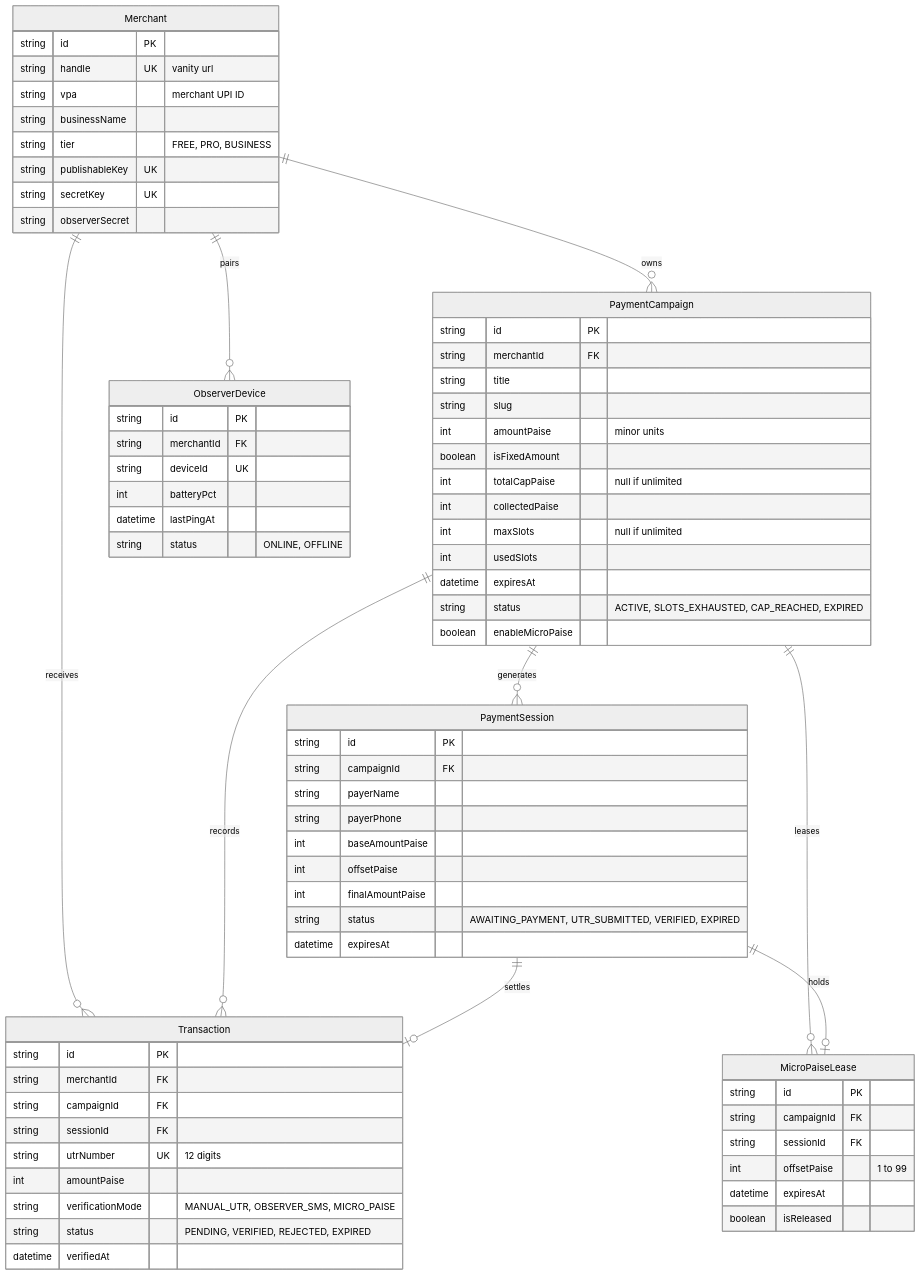
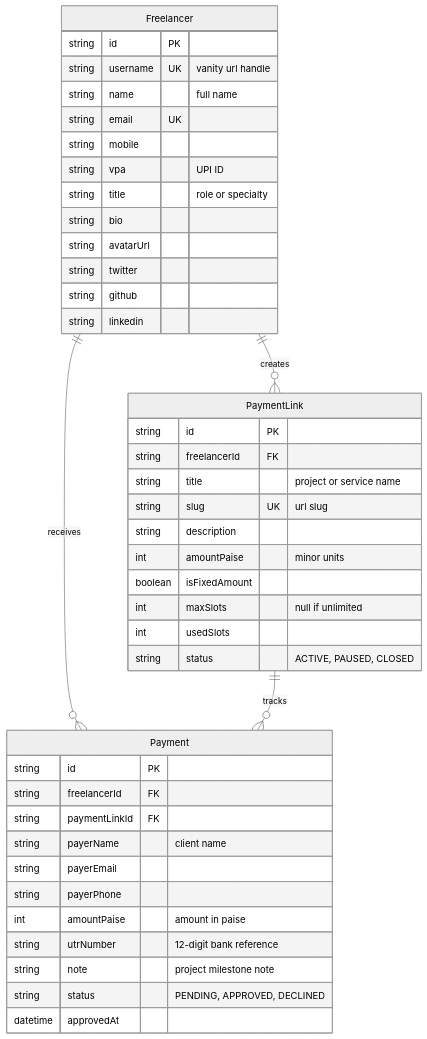
The diagram in docs/DATABASE_SCHEMA.md (arslanhussain9/AinPay), drawn with Mermaid (neutral theme) before and after one commit. The commit also changed other lines of this file and 41 other files, not shown here.

````diff
--- a/docs/DATABASE_SCHEMA.md
+++ b/docs/DATABASE_SCHEMA.md
@@ -12,80 +12,48 @@
 ```mermaid
 erDiagram
-    Merchant ||--o{ PaymentCampaign : "owns"
-    Merchant ||--o{ ObserverDevice : "pairs"
-    Merchant ||--o{ Transaction : "receives"
-    PaymentCampaign ||--o{ PaymentSession : "generates"
-    PaymentCampaign ||--o{ Transaction : "records"
-    PaymentCampaign ||--o{ MicroPaiseLease : "leases"
-    PaymentSession ||--o| Transaction : "settles"
-    PaymentSession ||--o| MicroPaiseLease : "holds"
+    Freelancer ||--o{ PaymentLink : "creates"
+    Freelancer ||--o{ Payment : "receives"
+    PaymentLink ||--o{ Payment : "tracks"
 
-    Merchant {
+    Freelancer {
         string id PK
-        string handle UK "vanity url"
-        string vpa "merchant UPI ID"
-        string businessName
-        string tier "FREE, PRO, BUSINESS"
-        string publishableKey UK
-        string secretKey UK
-        string observerSecret
+        string username UK "vanity url handle"
+        string name "full name"
+        string email UK
+        string mobile
+        string vpa "UPI ID"
+        string title "role or specialty"
+        string bio
+        string avatarUrl
+        string twitter
+        string github
+        string linkedin
     }
 
-    PaymentCampaign {
+    PaymentLink {
         string id PK
-        string merchantId FK
-        string title
-        string slug
+        string freelancerId FK
+        string title "project or service name"
+        string slug UK "url slug"
+        string description
         int amountPaise "minor units"
         boolean isFixedAmount
-        int totalCapPaise "null if unlimited"
-        int collectedPaise
         int maxSlots "null if unlimited"
         int usedSlots
-        datetime expiresAt
-        string status "ACTIVE, SLOTS_EXHAUSTED, CAP_REACHED, EXPIRED"
-        boolean enableMicroPaise
+        string status "ACTIVE, PAUSED, CLOSED"
     }
 
-    PaymentSession {
+    Payment {
         string id PK
-        string campaignId FK
-        string payerName
+        string freelancerId FK
+        string paymentLinkId FK
+        string payerName "client name"
+        string payerEmail
         string payerPhone
-        int baseAmountPaise
-        int offsetPaise
-        int finalAmountPaise
-        string status "AWAITING_PAYMENT, UTR_SUBMITTED, VERIFIED, EXPIRED"
-        datetime expiresAt
-    }
-
-    Transaction {
-        string id PK
-        string merchantId FK
-        string campaignId FK
-        string sessionId FK
-        string utrNumber UK "12 digits"
-        int amountPaise
-        string verificationMode "MANUAL_UTR, OBSERVER_SMS, MICRO_PAISE"
-        string status "PENDING, VERIFIED, REJECTED, EXPIRED"
-        datetime verifiedAt
-    }
-
-    ObserverDevice {
-        string id PK
-        string merchantId FK
-        string deviceId UK
-        int batteryPct
-        datetime lastPingAt
-        string status "ONLINE, OFFLINE"
-    }
-
-    MicroPaiseLease {
-        string id PK
-        string campaignId FK
-        string sessionId FK
-        int offsetPaise "1 to 99"
-        datetime expiresAt
-        boolean isReleased
+        int amountPaise "amount in paise"
+        string utrNumber "12-digit bank reference"
+        string note "project milestone note"
+        string status "PENDING, APPROVED, DECLINED"
+        datetime approvedAt
     }
 ```
````
